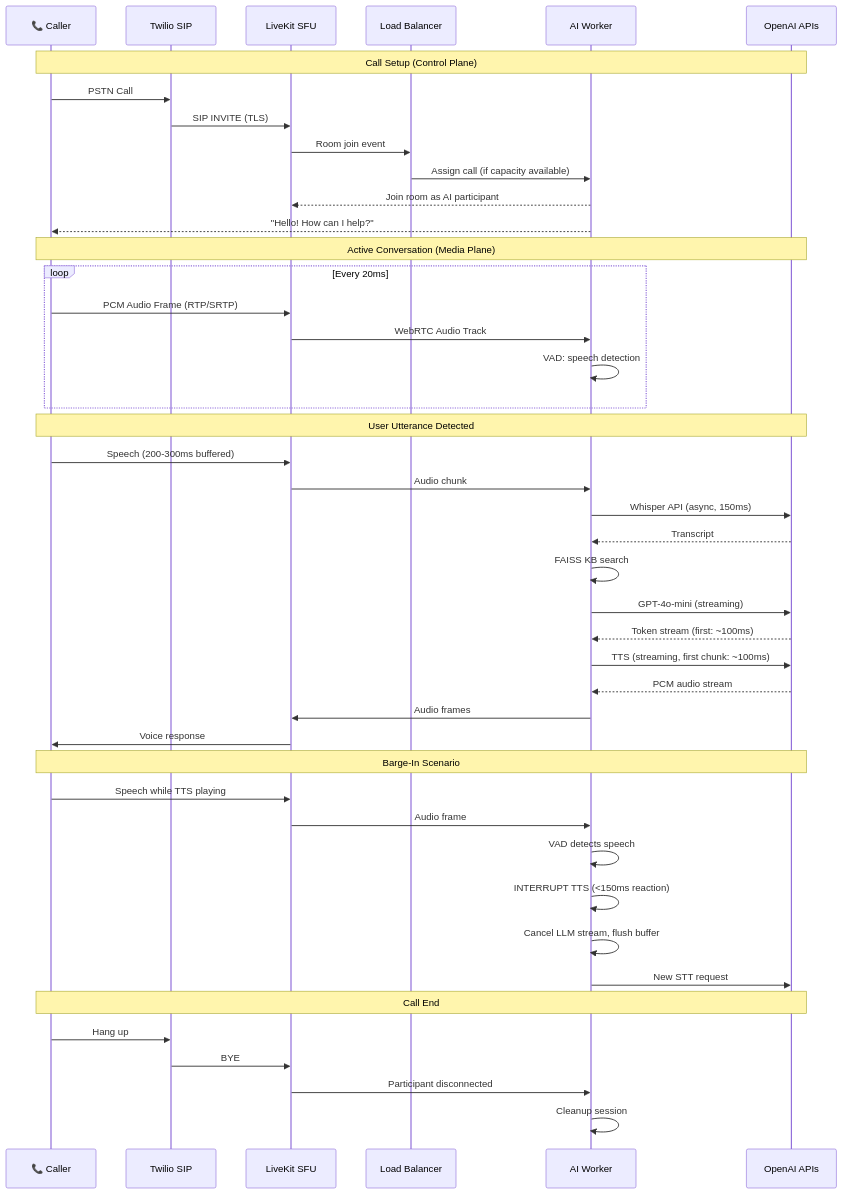
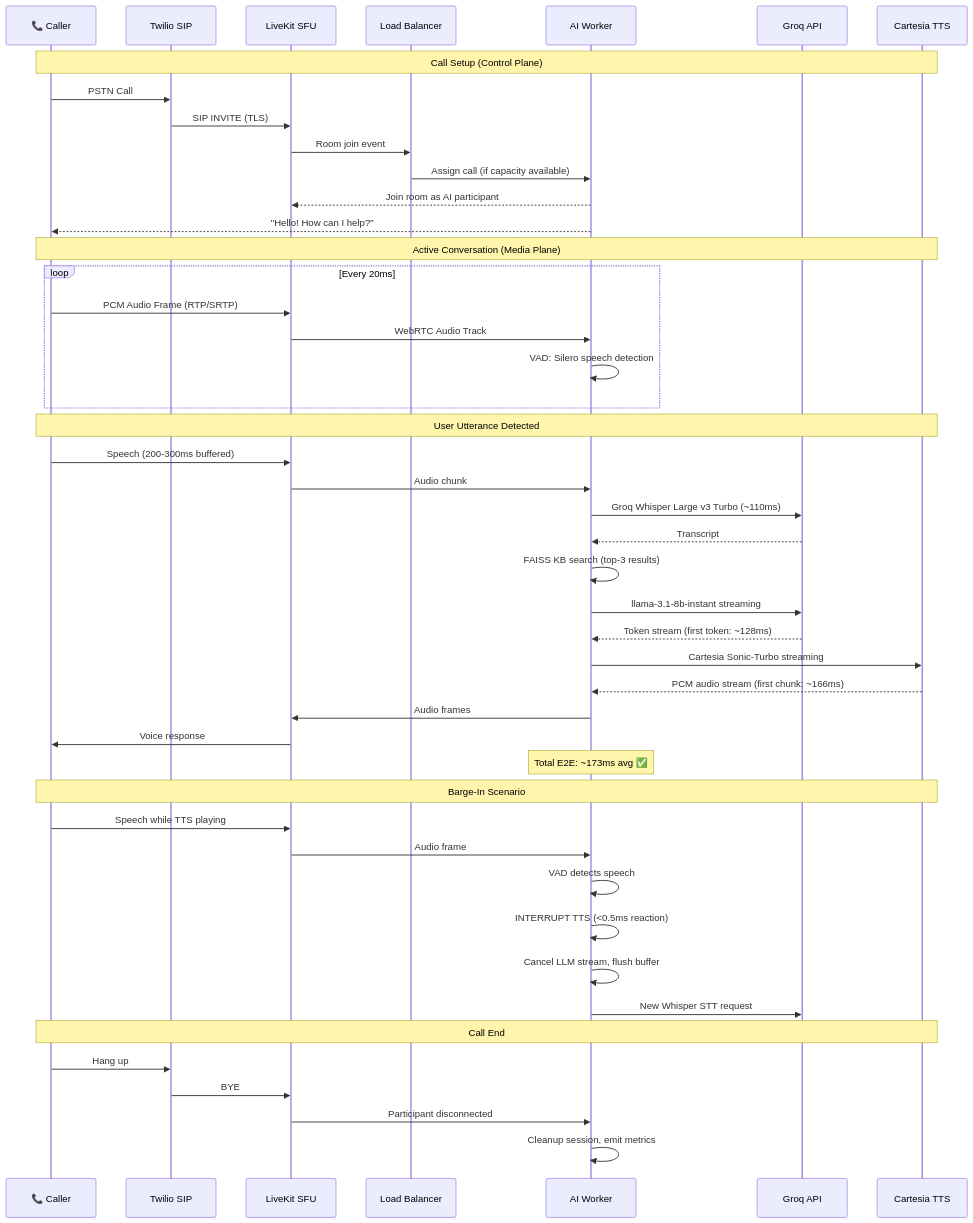
The second of 3 diagrams in architecture-diagrams.md (Dhanpat07/Cozmo-ai), drawn with Mermaid before and after one commit. The commit also changed other lines of this file, not shown here.

````diff
--- a/architecture-diagrams.md
+++ b/architecture-diagrams.md
@@ -62,51 +62,53 @@
 ```mermaid
 sequenceDiagram
     participant C as 📞 Caller
     participant TW as Twilio SIP
     participant LK as LiveKit SFU
     participant LB as Load Balancer
     participant W as AI Worker
-    participant OAI as OpenAI APIs
+    participant G as Groq API
+    participant CA as Cartesia TTS
 
-    Note over C,OAI: Call Setup (Control Plane)
+    Note over C,CA: Call Setup (Control Plane)
     C->>TW: PSTN Call
     TW->>LK: SIP INVITE (TLS)
     LK->>LB: Room join event
     LB->>W: Assign call (if capacity available)
     W-->>LK: Join room as AI participant
     W-->>C: "Hello! How can I help?"
 
-    Note over C,OAI: Active Conversation (Media Plane)
+    Note over C,CA: Active Conversation (Media Plane)
     loop Every 20ms
         C->>LK: PCM Audio Frame (RTP/SRTP)
         LK->>W: WebRTC Audio Track
-        W->>W: VAD: speech detection
+        W->>W: VAD: Silero speech detection
     end
 
-    Note over C,OAI: User Utterance Detected
+    Note over C,CA: User Utterance Detected
     C->>LK: Speech (200-300ms buffered)
     LK->>W: Audio chunk
-    W->>OAI: Whisper API (async, 150ms)
-    OAI-->>W: Transcript
-    W->>W: FAISS KB search
-    W->>OAI: GPT-4o-mini (streaming)
-    OAI-->>W: Token stream (first: ~100ms)
-    W->>OAI: TTS (streaming, first chunk: ~100ms)
-    OAI-->>W: PCM audio stream
+    W->>G: Groq Whisper Large v3 Turbo (~110ms)
+    G-->>W: Transcript
+    W->>W: FAISS KB search (top-3 results)
+    W->>G: llama-3.1-8b-instant streaming
+    G-->>W: Token stream (first token: ~128ms)
+    W->>CA: Cartesia Sonic-Turbo streaming
+    CA-->>W: PCM audio stream (first chunk: ~166ms)
     W->>LK: Audio frames
     LK->>C: Voice response
+    Note over W: Total E2E: ~173ms avg ✅
 
-    Note over C,OAI: Barge-In Scenario
+    Note over C,CA: Barge-In Scenario
     C->>LK: Speech while TTS playing
     LK->>W: Audio frame
     W->>W: VAD detects speech
-    W->>W: INTERRUPT TTS (<150ms reaction)
+    W->>W: INTERRUPT TTS (<0.5ms reaction)
     W->>W: Cancel LLM stream, flush buffer
-    W->>OAI: New STT request
+    W->>G: New Whisper STT request
 
-    Note over C,OAI: Call End
+    Note over C,CA: Call End
     C->>TW: Hang up
     TW->>LK: BYE
     LK->>W: Participant disconnected
-    W->>W: Cleanup session
+    W->>W: Cleanup session, emit metrics
 ```
````
